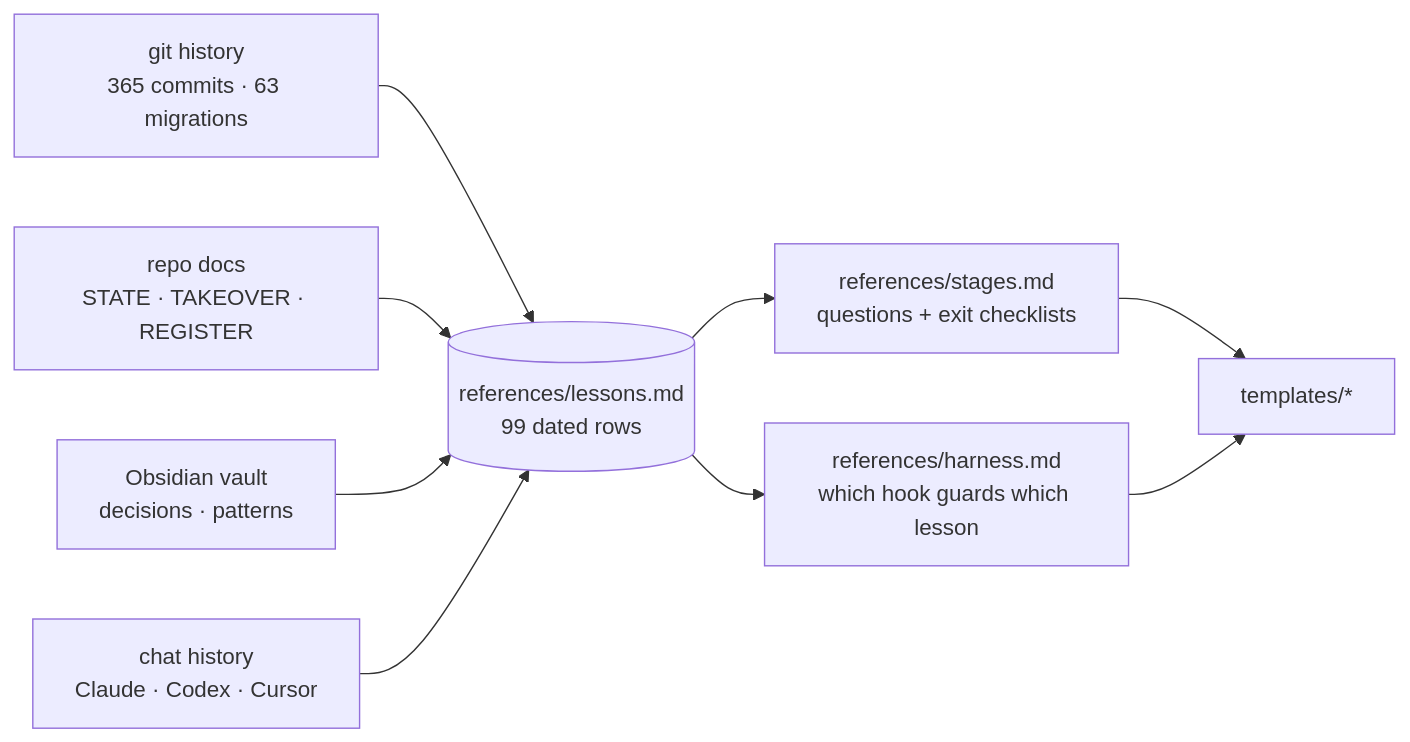
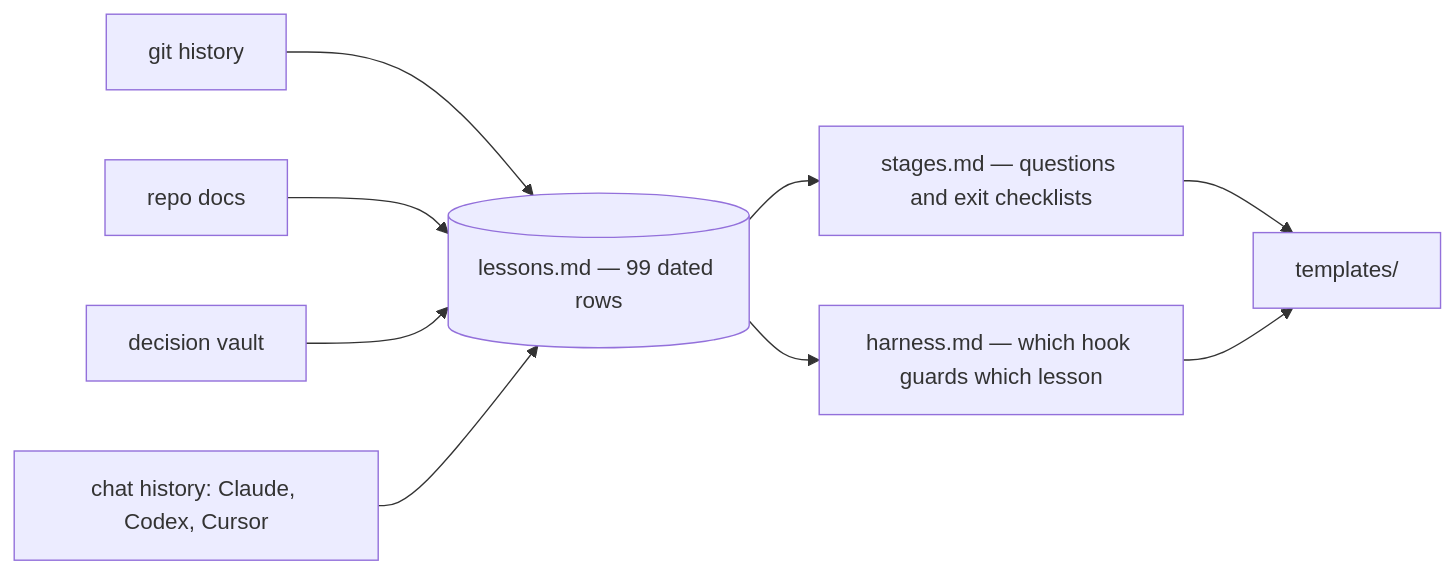
One commit to EranTzarum/project-kickoff changed the second of 2 diagrams in README.md. Above: the diagram before and after it, drawn with Mermaid. The commit also changed other lines of this file and 4 other files, not shown here.

Commit message:
README rewrite: skill-style layout, SVG diagrams for stages and checker output, MIT license, scrub example project ref

````diff
--- a/README.md
+++ b/README.md
@@ -129,11 +195,11 @@
 ```mermaid
 flowchart LR
-    G[git history<br/>365 commits · 63 migrations] --> L
-    D[repo docs<br/>STATE · TAKEOVER · REGISTER] --> L
-    V[Obsidian vault<br/>decisions · patterns] --> L
-    C[chat history<br/>Claude · Codex · Cursor] --> L
-    L[(references/lessons.md<br/>99 dated rows)] --> S[references/stages.md<br/>questions + exit checklists]
-    L --> H[references/harness.md<br/>which hook guards which lesson]
-    S --> T[templates/*]
+    G["git history"] --> L
+    D["repo docs"] --> L
+    V["decision vault"] --> L
+    C["chat history: Claude, Codex, Cursor"] --> L
+    L[("lessons.md — 99 dated rows")] --> S["stages.md — questions and exit checklists"]
+    L --> H["harness.md — which hook guards which lesson"]
+    S --> T["templates/"]
     H --> T
 ```
````
